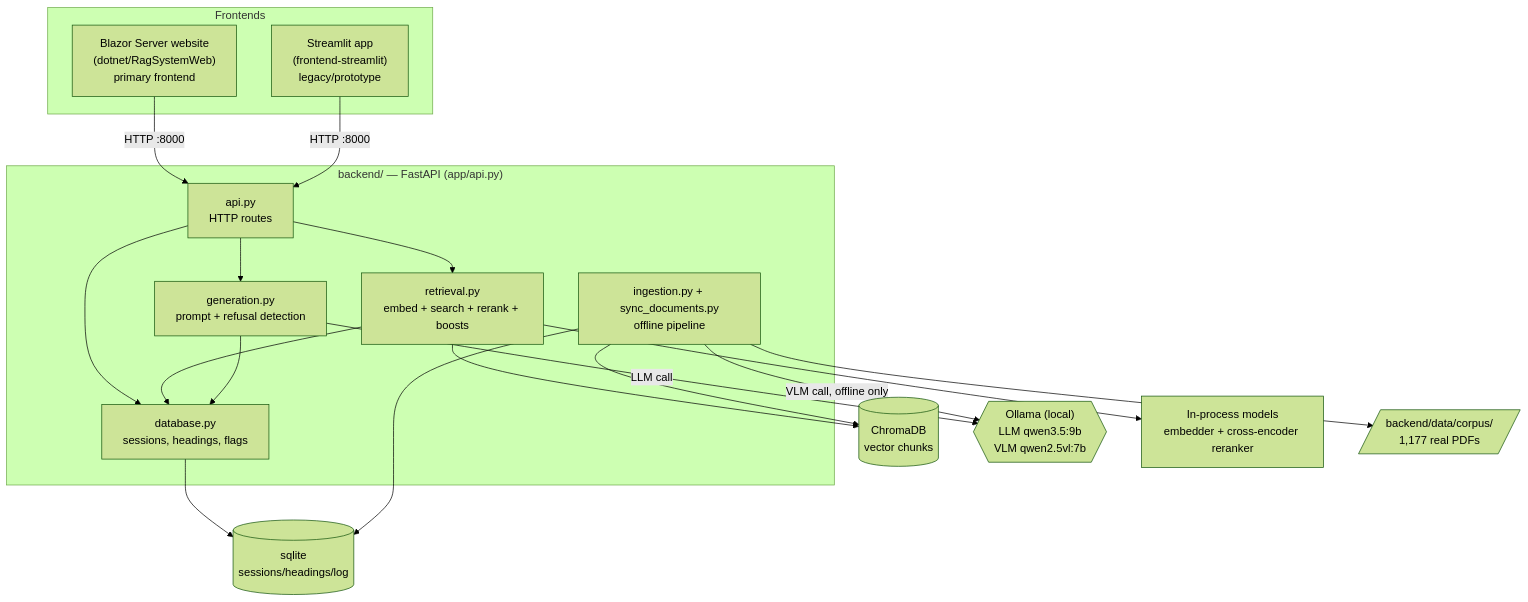
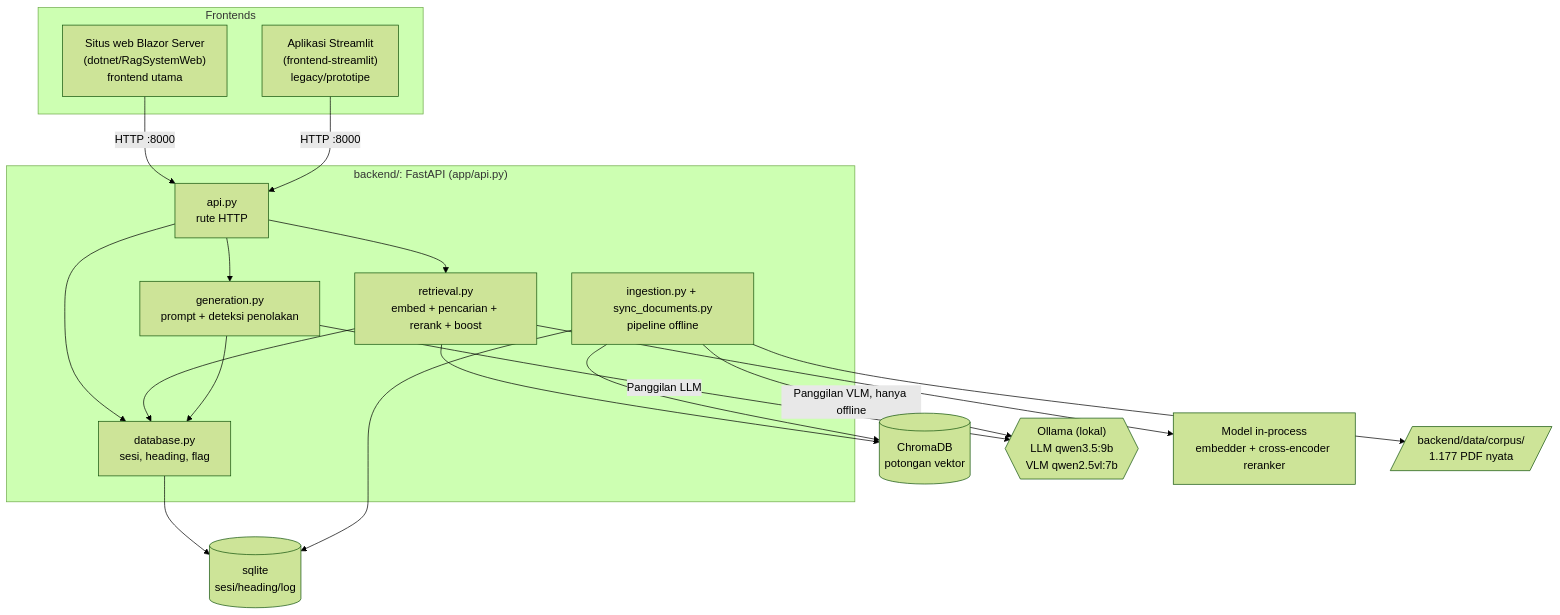
The first of 5 diagrams in ARCHITECTURE.md (riflifaizullah/rag_system), drawn with Mermaid (forest theme) before and after one commit. The commit also changed other lines of this file and 6 other files, not shown here.

````diff
--- a/ARCHITECTURE.md
+++ b/ARCHITECTURE.md
@@ -19,37 +19,37 @@
 ```mermaid
 flowchart TB
     subgraph Frontends
-        Blazor["Blazor Server website<br/>(dotnet/RagSystemWeb)<br/>primary frontend"]
-        Streamlit["Streamlit app<br/>(frontend-streamlit)<br/>legacy/prototype"]
+        Blazor["Situs web Blazor Server<br/>(dotnet/RagSystemWeb)<br/>frontend utama"]
+        Streamlit["Aplikasi Streamlit<br/>(frontend-streamlit)<br/>legacy/prototipe"]
     end
 
-    subgraph Backend["backend/ — FastAPI (app/api.py)"]
-        API["api.py<br/>HTTP routes"]
-        Retrieval["retrieval.py<br/>embed + search + rerank + boosts"]
-        Generation["generation.py<br/>prompt + refusal detection"]
-        Database["database.py<br/>sessions, headings, flags"]
-        Ingestion["ingestion.py + sync_documents.py<br/>offline pipeline"]
+    subgraph Backend["backend/: FastAPI (app/api.py)"]
+        API["api.py<br/>rute HTTP"]
+        Retrieval["retrieval.py<br/>embed + pencarian + rerank + boost"]
+        Generation["generation.py<br/>prompt + deteksi penolakan"]
+        Database["database.py<br/>sesi, heading, flag"]
+        Ingestion["ingestion.py + sync_documents.py<br/>pipeline offline"]
     end
 
-    Chroma[(ChromaDB<br/>vector chunks)]
-    Sqlite[(sqlite<br/>sessions/headings/log)]
-    Ollama{{"Ollama (local)<br/>LLM qwen3.5:9b<br/>VLM qwen2.5vl:7b"}}
-    Embed["In-process models<br/>embedder + cross-encoder reranker"]
-    Corpus[/"backend/data/corpus/<br/>1,177 real PDFs"/]
+    Chroma[(ChromaDB<br/>potongan vektor)]
+    Sqlite[(sqlite<br/>sesi/heading/log)]
+    Ollama{{"Ollama (lokal)<br/>LLM qwen3.5:9b<br/>VLM qwen2.5vl:7b"}}
+    Embed["Model in-process<br/>embedder + cross-encoder reranker"]
+    Corpus[/"backend/data/corpus/<br/>1.177 PDF nyata"/]
 
     Blazor -- "HTTP :8000" --> API
     Streamlit -- "HTTP :8000" --> API
     API --> Retrieval
     API --> Generation
     API --> Database
     Retrieval --> Chroma
     Retrieval --> Embed
     Retrieval --> Database
-    Generation -- "LLM call" --> Ollama
+    Generation -- "Panggilan LLM" --> Ollama
     Generation --> Database
     Database --> Sqlite
-    Ingestion -- "VLM call, offline only" --> Ollama
+    Ingestion -- "Panggilan VLM, hanya offline" --> Ollama
     Ingestion --> Chroma
     Ingestion --> Sqlite
     Ingestion --> Corpus
 ```
````
